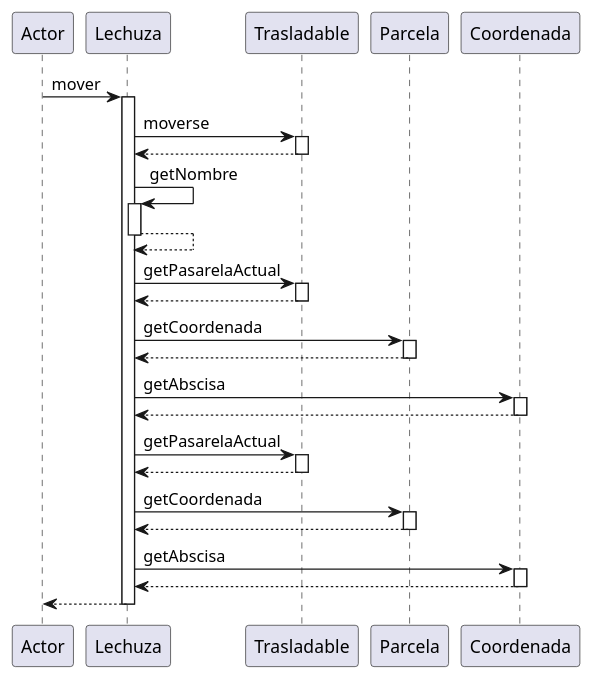
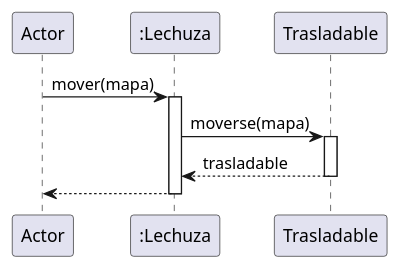
Before and after one commit to juanignaciogiacobbe/AlgoDefense_TP2: the diagram in diagrams/sequences/03Lechuza_mover.puml, drawn with PlantUML. The commit also changed 10 other files, not shown here.

Commit message:
actualizacion diagramas de secuencia

```diff
--- a/diagrams/sequences/03Lechuza_mover.puml
+++ b/diagrams/sequences/03Lechuza_mover.puml
@@ -1,38 +1,11 @@
 @startuml
 participant Actor
-Actor -> Lechuza : mover
-activate Lechuza
-Lechuza -> Trasladable : moverse
+Actor -> ":Lechuza" : mover(mapa)
+activate ":Lechuza"
+":Lechuza" -> Trasladable : moverse(mapa)
 activate Trasladable
-Trasladable --> Lechuza
+Trasladable --> ":Lechuza": trasladable
 deactivate Trasladable
-Lechuza -> Lechuza : getNombre
-activate Lechuza
-Lechuza --> Lechuza
-deactivate Lechuza
-Lechuza -> Trasladable : getPasarelaActual
-activate Trasladable
-Trasladable --> Lechuza
-deactivate Trasladable
-Lechuza -> Parcela : getCoordenada
-activate Parcela
-Parcela --> Lechuza
-deactivate Parcela
-Lechuza -> Coordenada : getAbscisa
-activate Coordenada
-Coordenada --> Lechuza
-deactivate Coordenada
-Lechuza -> Trasladable : getPasarelaActual
-activate Trasladable
-Trasladable --> Lechuza
-deactivate Trasladable
-Lechuza -> Parcela : getCoordenada
-activate Parcela
-Parcela --> Lechuza
-deactivate Parcela
-Lechuza -> Coordenada : getAbscisa
-activate Coordenada
-Coordenada --> Lechuza
-deactivate Coordenada
+
 return
 @enduml
```
